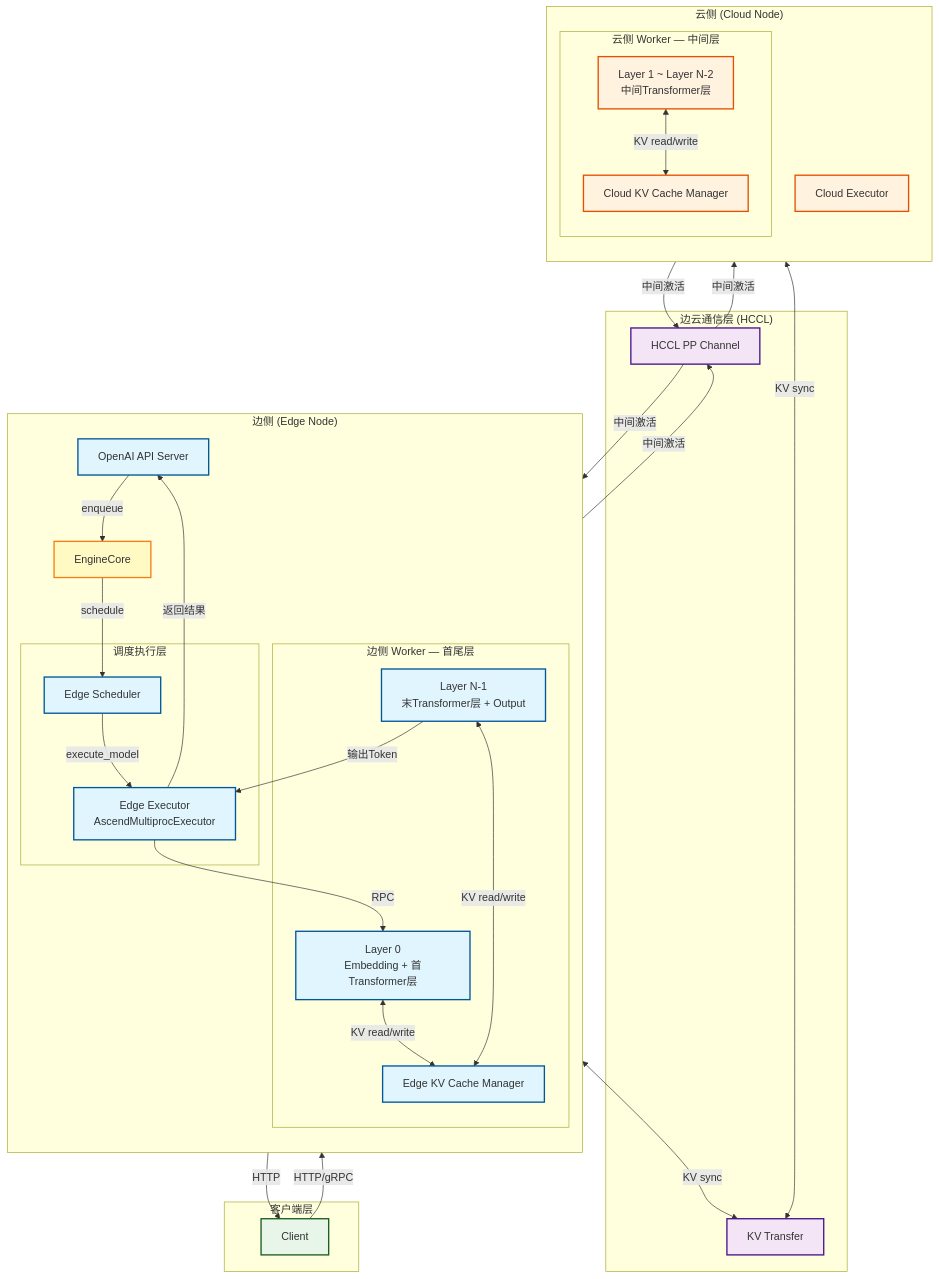
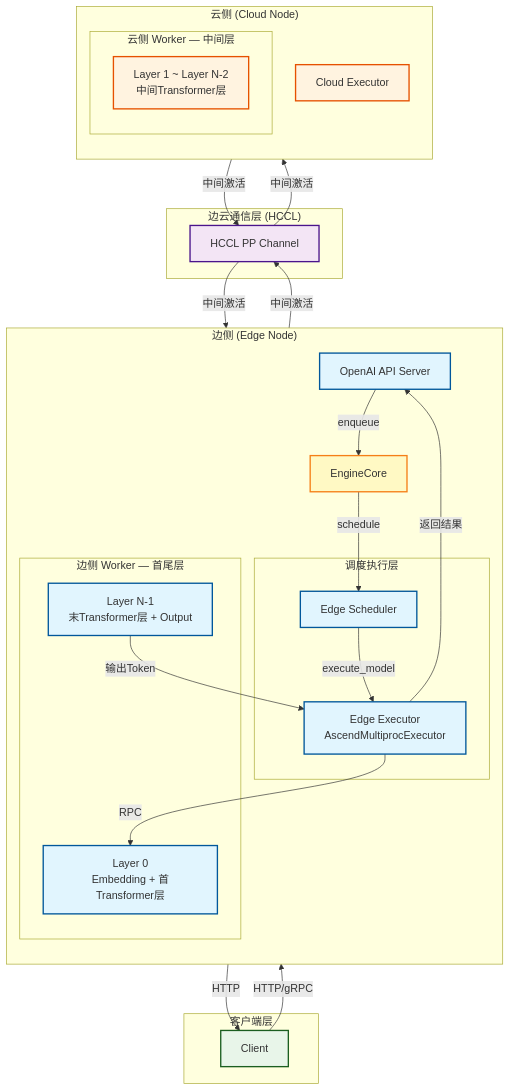
Before and after one commit to ninahqq/vllm-ascend-deepseekv4_: the diagram in docs/edge_cloud_collaboration/edge_cloud_dev_view_v2.md, drawn with Mermaid. The commit also changed 7 other files, not shown here.

````diff
--- a/docs/edge_cloud_collaboration/edge_cloud_dev_view_v2.md
+++ b/docs/edge_cloud_collaboration/edge_cloud_dev_view_v2.md
@@ -1,75 +1,65 @@
 ```mermaid
 graph TB
     subgraph Client["客户端层"]
         C[Client]
     end
 
     subgraph Edge["边侧 (Edge Node)"]
         direction TB
         API[OpenAI API Server]
         EC[EngineCore]
 
         subgraph EdgeSchedExec["调度执行层"]
             SCHED[Edge Scheduler]
             EXEC[Edge Executor<br/>AscendMultiprocExecutor]
         end
 
         subgraph EdgeWorker["边侧 Worker — 首尾层"]
             L0[Layer 0<br/>Embedding + 首Transformer层]
             LN[Layer N-1<br/>末Transformer层 + Output]
-            EKV[Edge KV Cache Manager]
         end
     end
 
     subgraph Cloud["云侧 (Cloud Node)"]
         direction TB
         CEXEC[Cloud Executor]
 
         subgraph CloudWorker["云侧 Worker — 中间层"]
             LM[Layer 1 ~ Layer N-2<br/>中间Transformer层]
-            CKV[Cloud KV Cache Manager]
         end
     end
 
     subgraph Comm["边云通信层 (HCCL)"]
         PP[HCCL PP Channel]
-        KV[KV Transfer]
     end
 
     %% 请求流转
     C -->|HTTP/gRPC| API
     API -->|enqueue| EC
     EC -->|schedule| SCHED
     SCHED -->|execute_model| EXEC
     EXEC -->|RPC| L0
 
     L0 -->|中间激活| PP
     PP -->|中间激活| LM
 
     LM -->|中间激活| PP
     PP -->|中间激活| LN
 
     LN -->|输出Token| EXEC
     EXEC -->|返回结果| API
     API -->|HTTP| C
 
-    %% KV Cache
-    L0 <-->|KV read/write| EKV
-    LN <-->|KV read/write| EKV
-    LM <-->|KV read/write| CKV
-    EKV <-->|KV sync| KV
-    KV <-->|KV sync| CKV
-
     %% 样式
     classDef edge fill:#e1f5fe,stroke:#01579b,stroke-width:2px
     classDef cloud fill:#fff3e0,stroke:#e65100,stroke-width:2px
     classDef comm fill:#f3e5f5,stroke:#4a148c,stroke-width:2px
     classDef client fill:#e8f5e9,stroke:#1b5e20,stroke-width:2px
     classDef core fill:#fff9c4,stroke:#f57f17,stroke-width:2px
 
-    class API,SCHED,EXEC,L0,LN,EKV edge
-    class CEXEC,LM,CKV cloud
-    class PP,KV comm
+    class API,SCHED,EXEC,L0,LN edge
+    class CEXEC,LM cloud
+    class PP comm
     class C client
     class EC core
 ```
````
